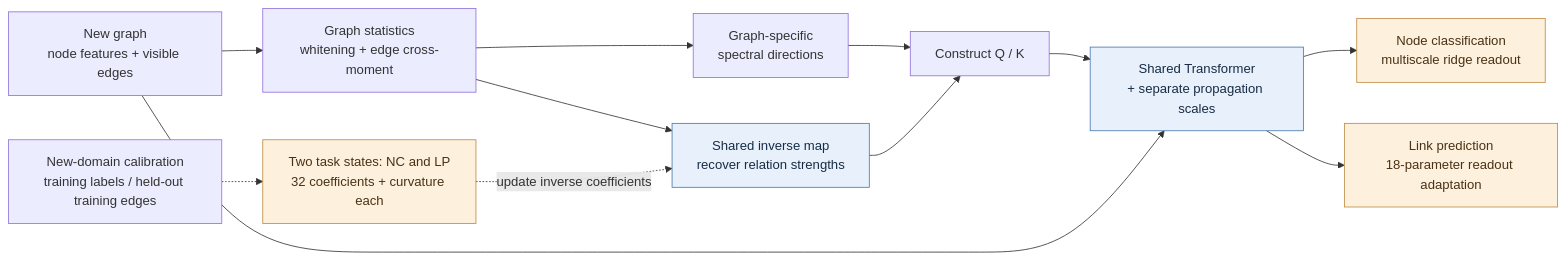
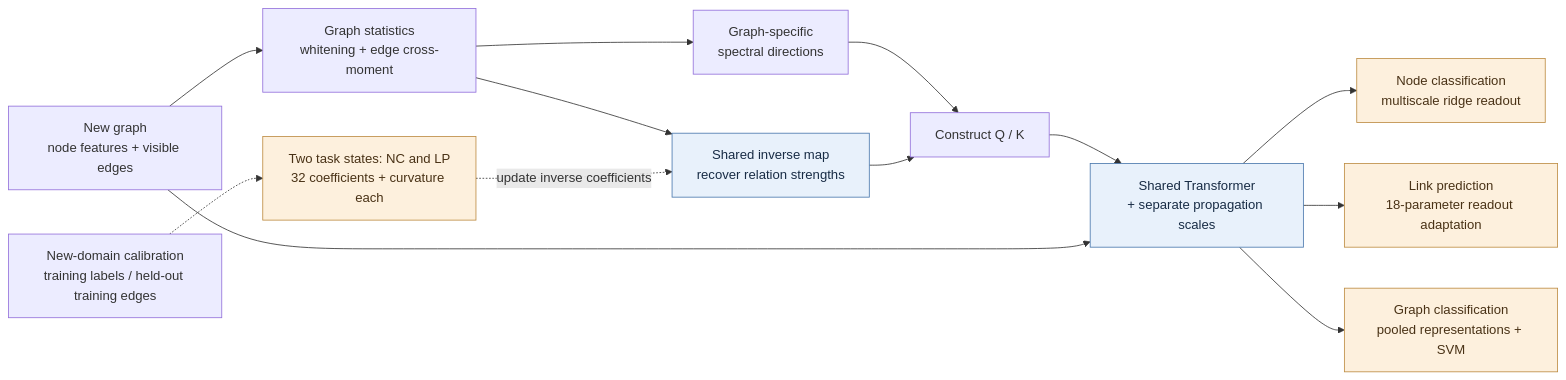
The diagram in README.md (HayesShi/EvoGFM), drawn with Mermaid before and after one commit. The commit also changed other lines of this file and 13 other files, not shown here.

Commit message:
Improve frozen adaptation and expand V5 graph benchmarks

````diff
--- a/README.md
+++ b/README.md
@@ -5,18 +5,19 @@
 ```mermaid
 flowchart LR
     G["New graph<br/>node features + visible edges"] --> M["Graph statistics<br/>whitening + edge cross-moment"]
     M --> D["Graph-specific<br/>spectral directions"]
     M --> I["Shared inverse map<br/>recover relation strengths"]
     D --> Q["Construct Q / K"]
     I --> Q
     Q --> B["Shared Transformer<br/>+ separate propagation scales"]
     G --> B
     B --> NC["Node classification<br/>multiscale ridge readout"]
     B --> LP["Link prediction<br/>18-parameter readout adaptation"]
+    B --> GC["Graph classification<br/>pooled representations + SVM"]
     C["New-domain calibration<br/>training labels / held-out training edges"] -.-> S["Two task states: NC and LP<br/>32 coefficients + curvature each"]
     S -. "update inverse coefficients" .-> I
     classDef shared fill:#e8f1fb,stroke:#4a78ad,color:#182c45;
     classDef task fill:#fdf0dd,stroke:#bd8c43,color:#493216;
     class I,B shared;
-    class NC,LP,S task;
+    class NC,LP,GC,S task;
 ```
````
